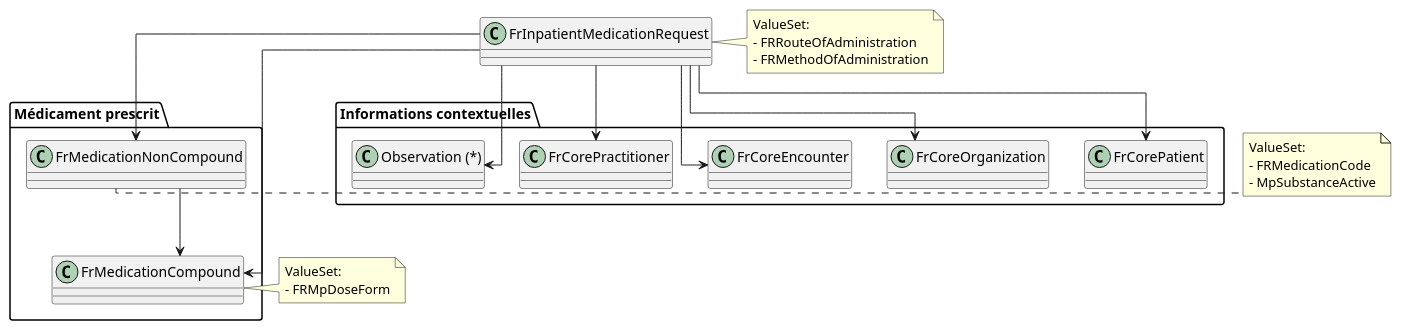
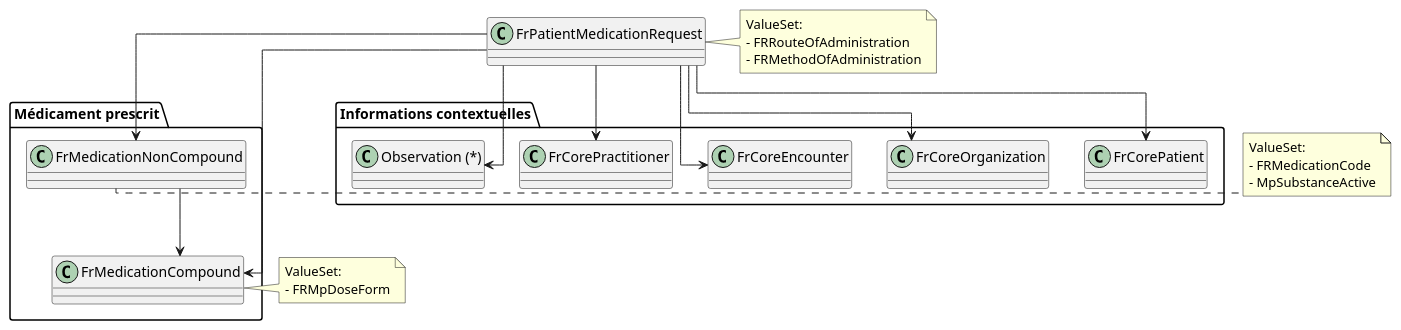
One commit to Interop-Sante/hl7.fhir.fr.medication changed the diagram in input/images-source/prescription.plantuml. Above: the diagram before and after it, drawn with PlantUML. The commit also changed 85 other files, not shown here.

```diff
--- a/input/images-source/prescription.plantuml
+++ b/input/images-source/prescription.plantuml
@@ -1,56 +1,56 @@
 @startuml
 
 skinparam linetype ortho
 skinparam rectangle {
   BackgroundColor White
   BorderColor Black
 }
 
 ' Contexte
 package "Informations contextuelles" {
   class FrCorePatient [[https://hl7.fr/ig/fhir/core/StructureDefinition/fr-core-patient]]
   class FrCoreOrganization [[https://hl7.fr/ig/fhir/core/StructureDefinition/fr-core-organization]]
   class FrCoreEncounter [[https://hl7.fr/ig/fhir/core/StructureDefinition/fr-core-encounter]]
   class FrCorePractitioner [[https://hl7.fr/ig/fhir/core/StructureDefinition/fr-core-practitioner]]
   class "Observation (*)" as Observation
 }
 
 package "Médicament prescrit" {
   class FrMedicationNonCompound [[./StructureDefinition-fr-medication-noncompound.html]]
   class FrMedicationCompound [[./StructureDefinition-fr-medication-compound.html]]
 }
 
-class "FrInpatientMedicationRequest" [[./StructureDefinition-fr-inpatient-medicationrequest.html]]
+class "FrPatientMedicationRequest" [[./StructureDefinition-fr-inpatient-medicationrequest.html]]
 
 
 ' Notes pour les ValueSets
-note right of FrInpatientMedicationRequest
+note right of FrPatientMedicationRequest
   ValueSet:
   - FRRouteOfAdministration
   - FRMethodOfAdministration
 end note
 
 note right of FrMedicationNonCompound
   ValueSet:
   - FRMedicationCode
   - MpSubstanceActive
 end note
 
 note right of FrMedicationCompound
   ValueSet:
   - FRMpDoseForm
 end note
 
 ' Relations principales
-FrInpatientMedicationRequest --> FrCorePatient
-FrInpatientMedicationRequest --> FrCoreOrganization
-FrInpatientMedicationRequest --> FrCoreEncounter
-FrInpatientMedicationRequest --> FrCorePractitioner
-FrInpatientMedicationRequest --> Observation
+FrPatientMedicationRequest --> FrCorePatient
+FrPatientMedicationRequest --> FrCoreOrganization
+FrPatientMedicationRequest --> FrCoreEncounter
+FrPatientMedicationRequest --> FrCorePractitioner
+FrPatientMedicationRequest --> Observation
 
-FrInpatientMedicationRequest --> FrMedicationNonCompound
-FrInpatientMedicationRequest --> FrMedicationCompound
+FrPatientMedicationRequest --> FrMedicationNonCompound
+FrPatientMedicationRequest --> FrMedicationCompound
 
 FrMedicationNonCompound --> FrMedicationCompound
 
 @enduml
```
